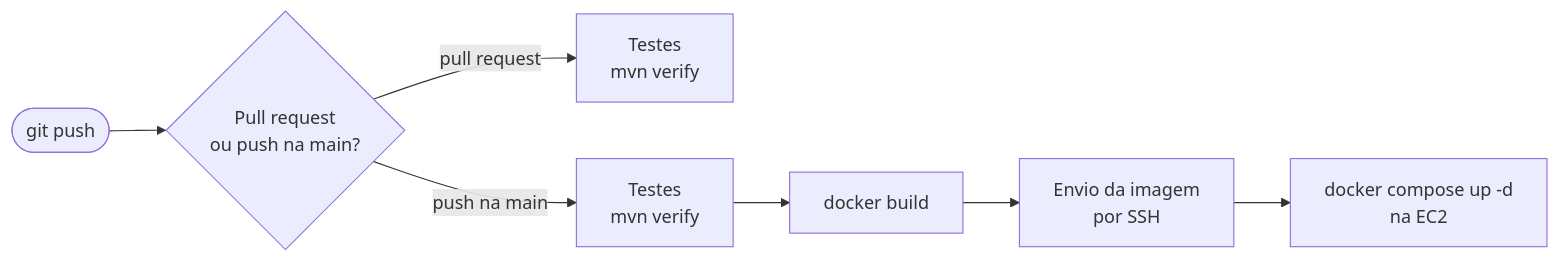
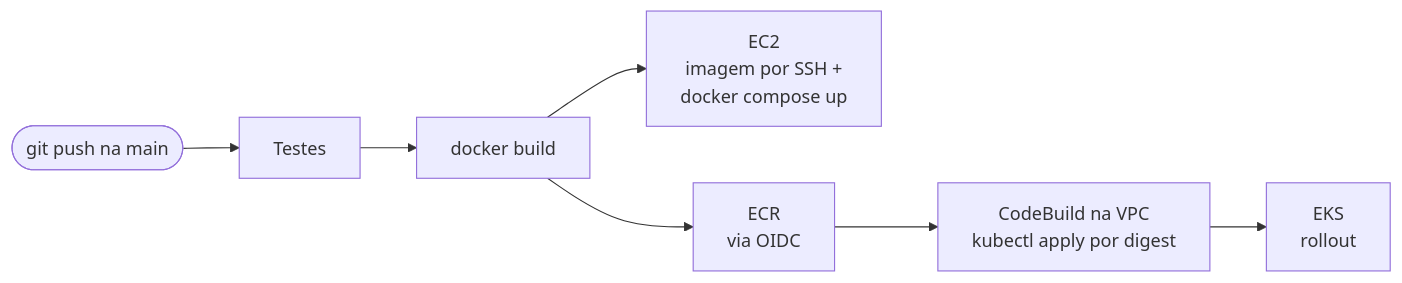
Before and after one commit to pato-nego/.github: the fifth of 5 diagrams in profile/README.md, drawn with Mermaid. The commit also changed other lines of this file, not shown here.

Commit message:
docs: atualizando README da organização com EKS, testes de carga e custos

````diff
--- a/profile/README.md
+++ b/profile/README.md
@@ -177,9 +253,9 @@
 ```mermaid
 flowchart LR
-    dev(["git push"]) --> pr{"Pull request<br/>ou push na main?"}
-    pr -->|"pull request"| test["Testes<br/>mvn verify"]
-    pr -->|"push na main"| test2["Testes<br/>mvn verify"]
-    test2 --> build["docker build"]
-    build --> ssh["Envio da imagem<br/>por SSH"]
-    ssh --> up["docker compose up -d<br/>na EC2"]
+    push(["git push na main"]) --> test["Testes"]
+    test --> build["docker build"]
+    build --> ec2["EC2<br/>imagem por SSH +<br/>docker compose up"]
+    build --> ecr["ECR<br/>via OIDC"]
+    ecr --> codebuild["CodeBuild na VPC<br/>kubectl apply por digest"]
+    codebuild --> eks["EKS<br/>rollout"]
 ```
````
